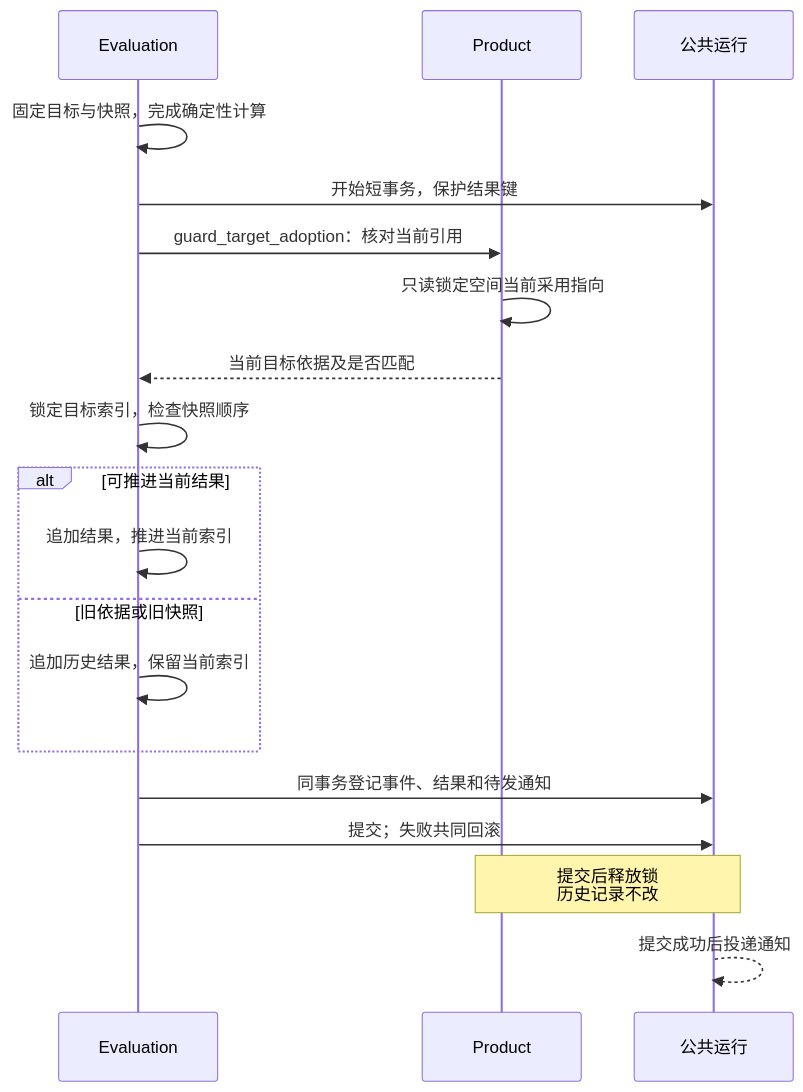
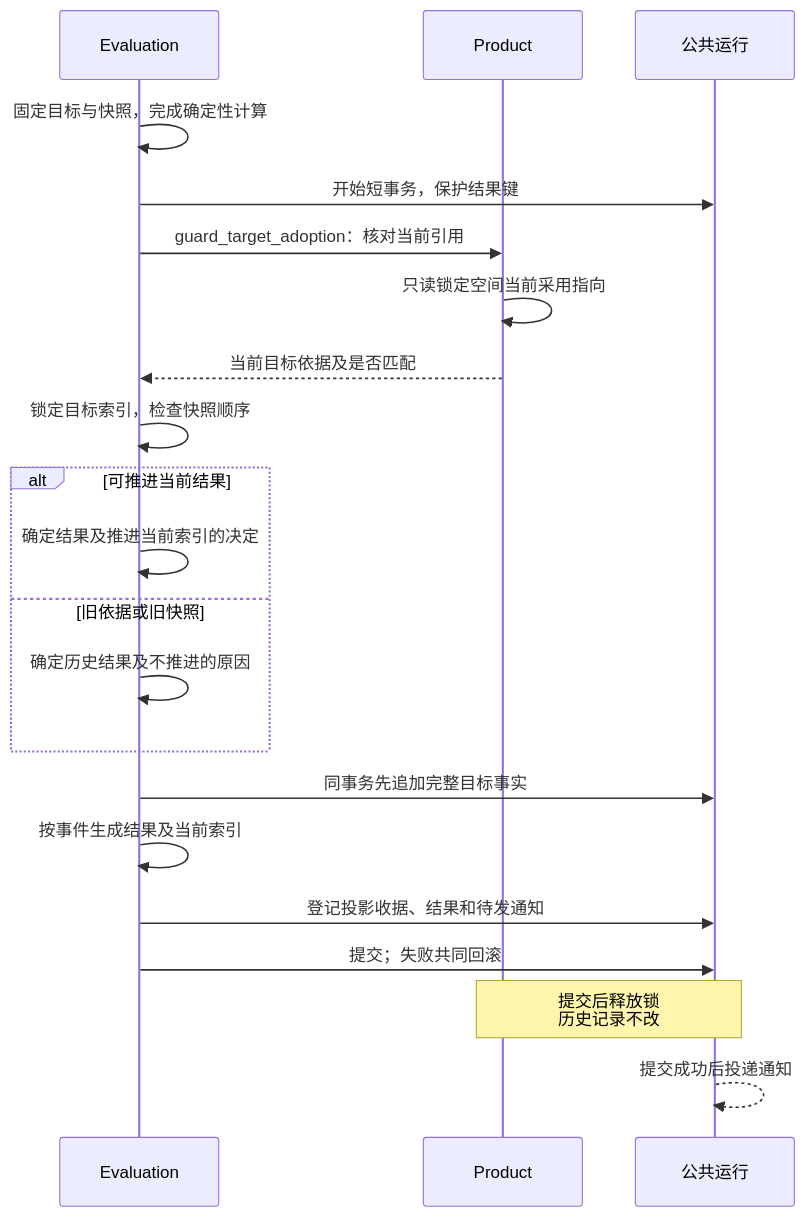
One commit to ivgotcrazy/deermind changed the first of 2 diagrams in doc/mvp/m1/engineering/Evaluation_Space_Design.md. Above: the diagram before and after it, drawn with Mermaid. The commit also changed other lines of this file and 33 other files, not shown here.

````diff
--- a/doc/mvp/m1/engineering/Evaluation_Space_Design.md
+++ b/doc/mvp/m1/engineering/Evaluation_Space_Design.md
@@ -552,21 +554,23 @@
 ```mermaid
 sequenceDiagram
     participant E as Evaluation
     participant P as Product
     participant R as 公共运行
     E->>E: 固定目标与快照，完成确定性计算
     E->>R: 开始短事务，保护结果键
     E->>P: guard_target_adoption：核对当前引用
     P->>P: 只读锁定空间当前采用指向
     P-->>E: 当前目标依据及是否匹配
     E->>E: 锁定目标索引，检查快照顺序
     alt 可推进当前结果
-        E->>E: 追加结果，推进当前索引
+        E->>E: 确定结果及推进当前索引的决定
     else 旧依据或旧快照
-        E->>E: 追加历史结果，保留当前索引
+        E->>E: 确定历史结果及不推进的原因
     end
-    E->>R: 同事务登记事件、结果和待发通知
+    E->>R: 同事务先追加完整目标事实
+    E->>E: 按事件生成结果及当前索引
+    E->>R: 登记投影收据、结果和待发通知
     E->>R: 提交；失败共同回滚
     Note over P,R: 提交后释放锁<br/>历史记录不改
     R-->>R: 提交成功后投递通知
 ```
````
